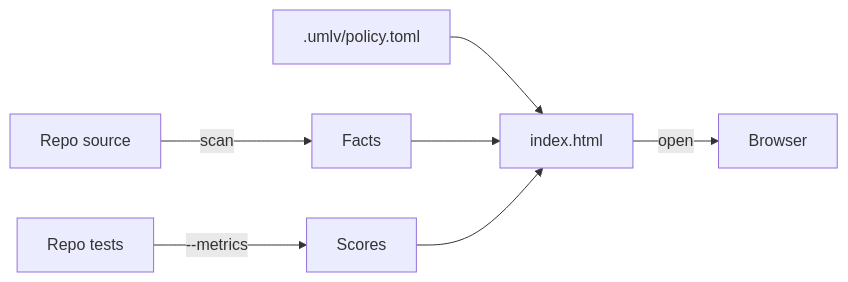
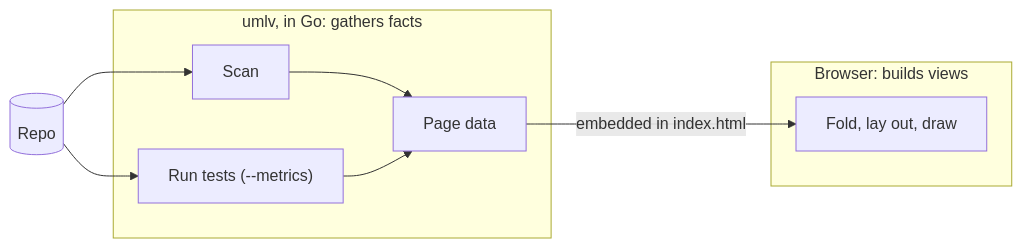
Before and after one commit to NickCiao/uml-viewer-neo: the diagram in docs/design/architecture.md, drawn with Mermaid. The commit also changed other lines of this file, not shown here.

First line of the commit message:
Revise the design after simplicity, documentation and architecture reviews.

````diff
--- a/docs/design/architecture.md
+++ b/docs/design/architecture.md
@@ -40,9 +51,13 @@
 ```mermaid
 flowchart LR
-  repo[Repo source] -->|scan| facts[Facts]
-  tests[Repo tests] -->|--metrics| scores[Scores]
-  policy[.umlv/policy.toml] --> page
-  facts --> page[index.html]
-  scores --> page
-  page -->|open| browser[Browser]
+  repo[(Repo)] --> scan[Scan]
+  repo --> tests["Run tests (--metrics)"]
+  subgraph cli[umlv, in Go: gathers facts]
+    scan --> data[Page data]
+    tests --> data
+  end
+  data -->|embedded in index.html| views
+  subgraph browser[Browser: builds views]
+    views[Fold, lay out, draw]
+  end
 ```
````
